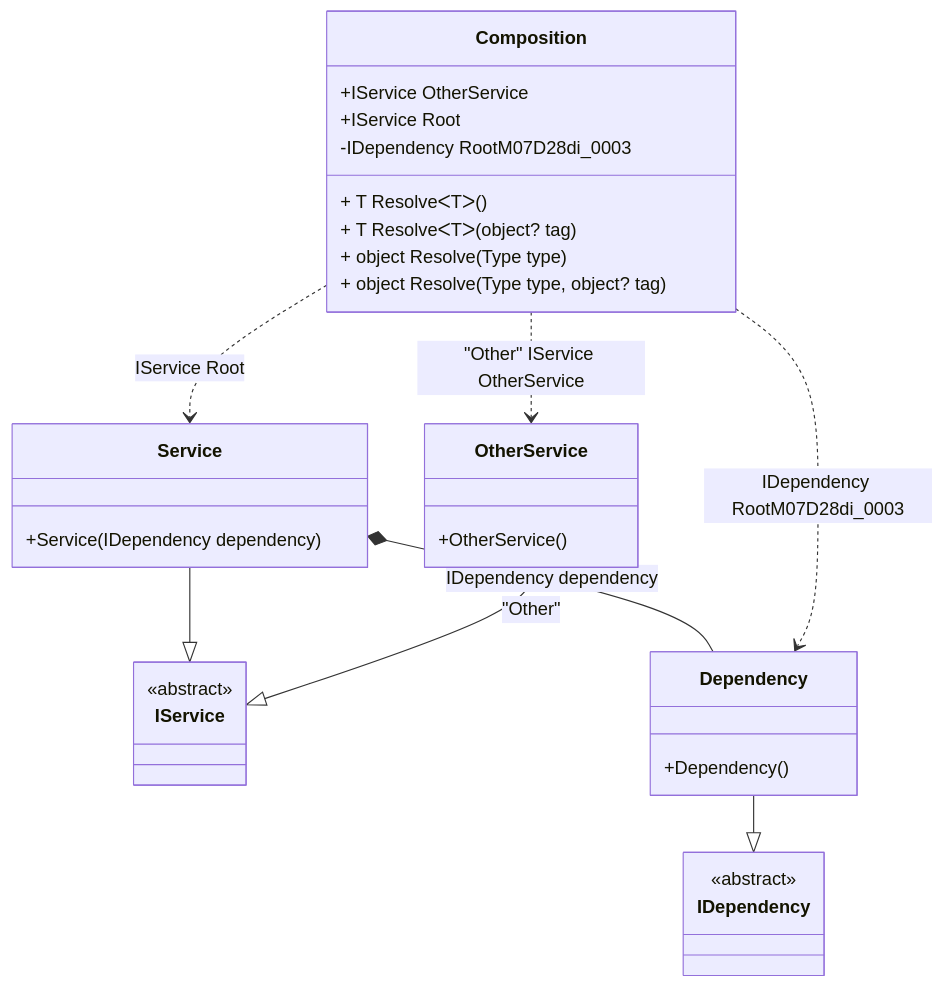
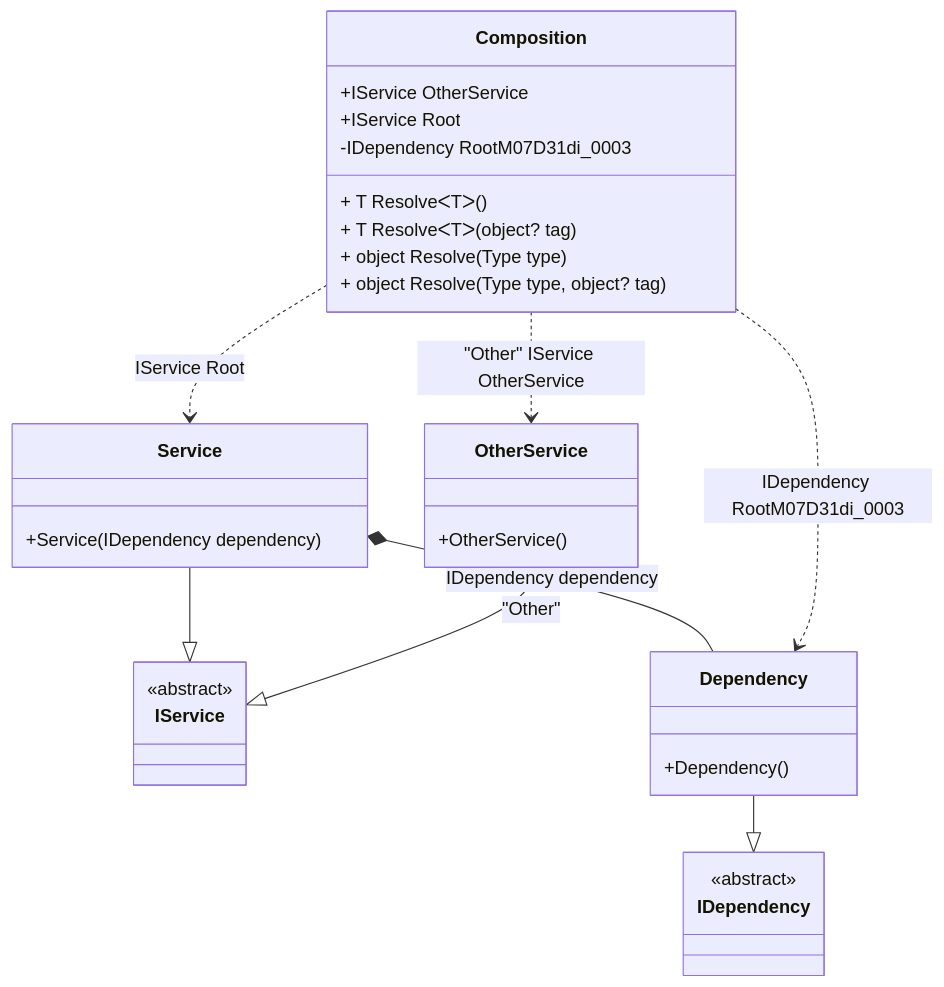
Before and after one commit to DevTeam/Pure.DI: the diagram in readme/composition-roots.md, drawn with Mermaid. The commit also changed other lines of this file and 73 other files, not shown here.

````diff
--- a/readme/composition-roots.md
+++ b/readme/composition-roots.md
@@ -45,34 +45,34 @@
 ```mermaid
 classDiagram
   class Composition {
     +IService OtherService
     +IService Root
-    -IDependency RootM07D28di_0003
+    -IDependency RootM07D31di_0003
     + T ResolveᐸTᐳ()
     + T ResolveᐸTᐳ(object? tag)
     + object Resolve(Type type)
     + object Resolve(Type type, object? tag)
   }
   Service --|> IService : 
   class Service {
     +Service(IDependency dependency)
   }
   OtherService --|> IService : "Other" 
   class OtherService {
     +OtherService()
   }
   Dependency --|> IDependency : 
   class Dependency {
     +Dependency()
   }
   class IService {
     <<abstract>>
   }
   class IDependency {
     <<abstract>>
   }
   Service *--  Dependency : IDependency dependency
   Composition ..> Service : IService Root
   Composition ..> OtherService : "Other" IService OtherService
-  Composition ..> Dependency : IDependency RootM07D28di_0003
+  Composition ..> Dependency : IDependency RootM07D31di_0003
 ```
````
